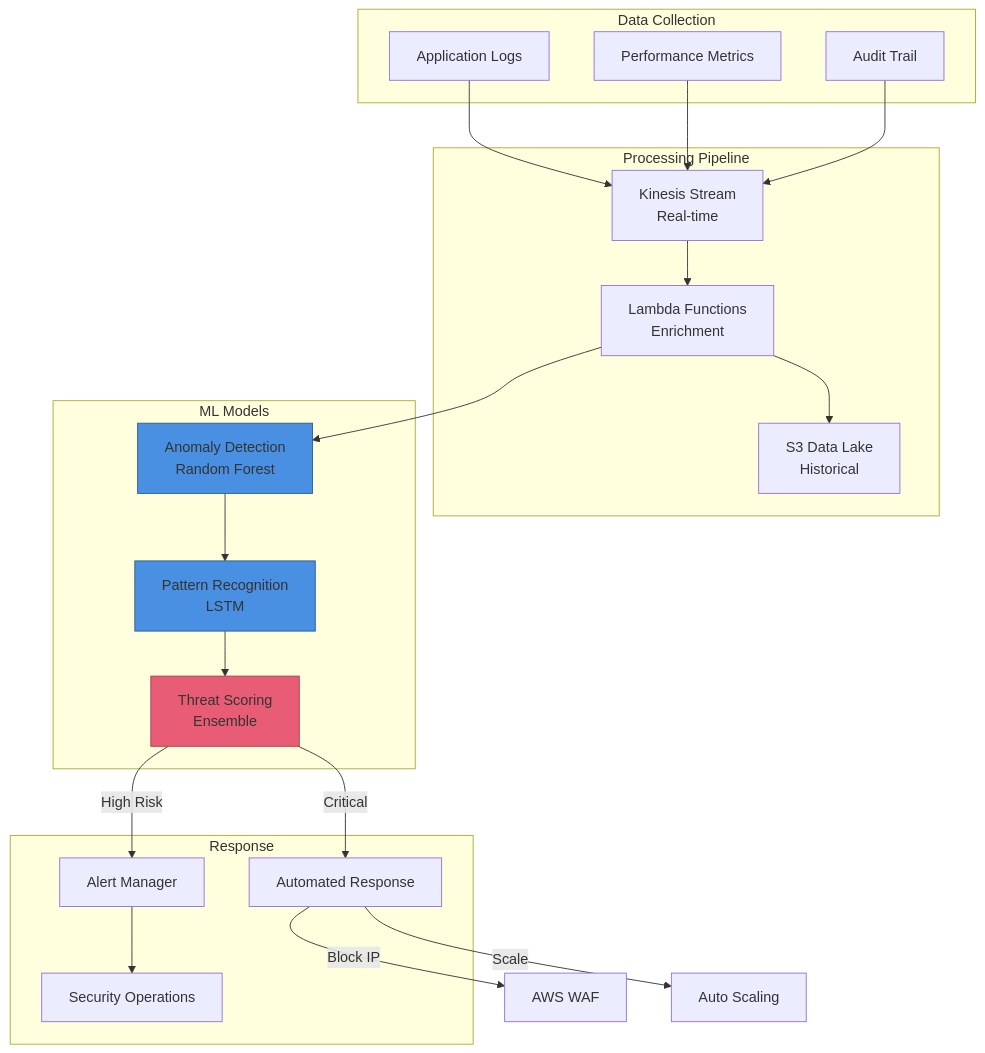
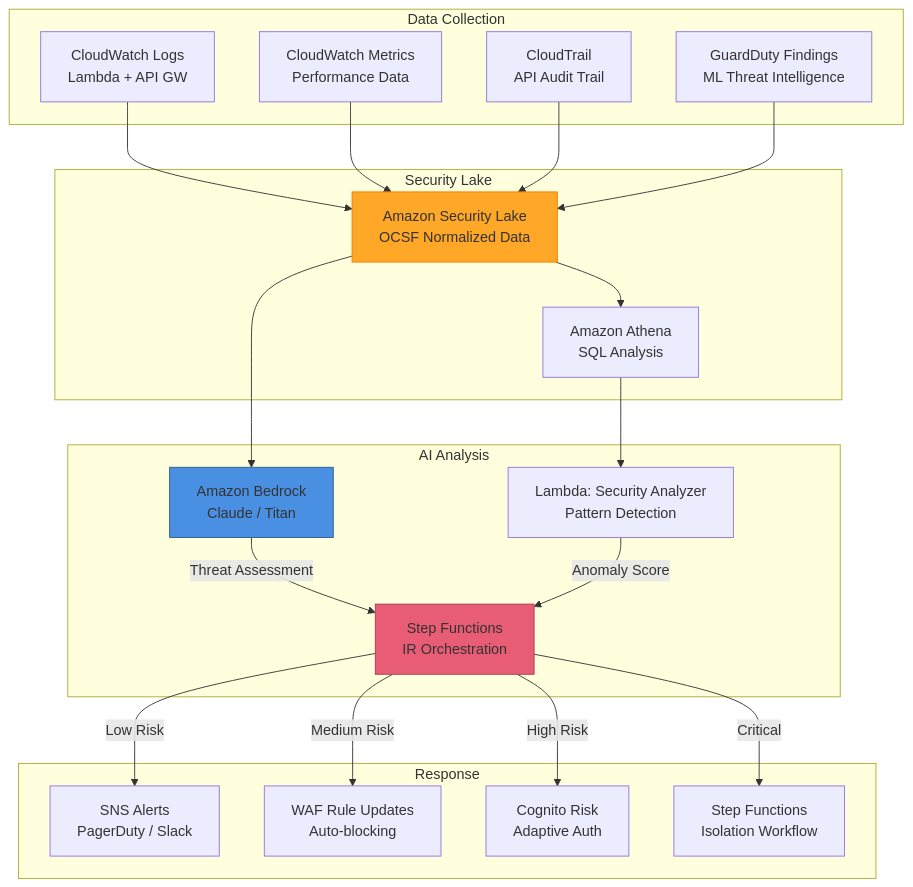
One commit to Hack23/European-Parliament-MCP-Server changed the sixth of 19 diagrams in FUTURE_SECURITY_ARCHITECTURE.md. Above: the diagram before and after it, drawn with Mermaid. The commit also changed other lines of this file, not shown here.

Commit message:
docs: expand FUTURE_SECURITY_ARCHITECTURE.md with all missing mandatory sections

````diff
--- a/FUTURE_SECURITY_ARCHITECTURE.md
+++ b/FUTURE_SECURITY_ARCHITECTURE.md
@@ -231,48 +507,48 @@
 ```mermaid
 graph TB
     subgraph "Data Collection"
-        LOGS[Application Logs]
-        METRICS[Performance Metrics]
-        AUDIT[Audit Trail]
+        LOGS[CloudWatch Logs<br/>Lambda + API GW]
+        METRICS[CloudWatch Metrics<br/>Performance Data]
+        AUDIT[CloudTrail<br/>API Audit Trail]
+        GD_FINDINGS[GuardDuty Findings<br/>ML Threat Intelligence]
     end
-    
-    subgraph "Processing Pipeline"
-        KINESIS[Kinesis Stream<br/>Real-time]
-        LAMBDA[Lambda Functions<br/>Enrichment]
-        S3[S3 Data Lake<br/>Historical]
+
+    subgraph "Security Lake"
+        SL[Amazon Security Lake<br/>OCSF Normalized Data]
+        ATHENA[Amazon Athena<br/>SQL Analysis]
     end
-    
-    subgraph "ML Models"
-        ANOMALY[Anomaly Detection<br/>Random Forest]
-        PATTERN[Pattern Recognition<br/>LSTM]
-        THREAT[Threat Scoring<br/>Ensemble]
+
+    subgraph "AI Analysis"
+        BEDROCK[Amazon Bedrock<br/>Claude / Titan]
+        LAMBDA_AI[Lambda: Security Analyzer<br/>Pattern Detection]
+        SF_IR[Step Functions<br/>IR Orchestration]
     end
-    
+
     subgraph "Response"
-        ALERT[Alert Manager]
-        AUTO[Automated Response]
-        SOC[Security Operations]
+        SNS[SNS Alerts<br/>PagerDuty / Slack]
+        WAF_UPDATE[WAF Rule Updates<br/>Auto-blocking]
+        COGNITO_RISK[Cognito Risk<br/>Adaptive Auth]
+        SF_BLOCK[Step Functions<br/>Isolation Workflow]
     end
-    
-    LOGS --> KINESIS
-    METRICS --> KINESIS
-    AUDIT --> KINESIS
-    
-    KINESIS --> LAMBDA
-    LAMBDA --> S3
-    LAMBDA --> ANOMALY
-    
-    ANOMALY --> PATTERN
-    PATTERN --> THREAT
-    
-    THREAT -->|High Risk| ALERT
-    THREAT -->|Critical| AUTO
-    ALERT --> SOC
-    
-    AUTO -->|Block IP| WAF[AWS WAF]
-    AUTO -->|Scale| ASG[Auto Scaling]
-    
-    style ANOMALY fill:#4A90E2,stroke:#2E5C8A
-    style PATTERN fill:#4A90E2,stroke:#2E5C8A
-    style THREAT fill:#E85D75,stroke:#A53F52
+
+    LOGS --> SL
+    METRICS --> SL
+    AUDIT --> SL
+    GD_FINDINGS --> SL
+
+    SL --> ATHENA
+    SL --> BEDROCK
+    ATHENA --> LAMBDA_AI
+
+    BEDROCK -->|Threat Assessment| SF_IR
+    LAMBDA_AI -->|Anomaly Score| SF_IR
+
+    SF_IR -->|Low Risk| SNS
+    SF_IR -->|Medium Risk| WAF_UPDATE
+    SF_IR -->|High Risk| COGNITO_RISK
+    SF_IR -->|Critical| SF_BLOCK
+
+    style BEDROCK fill:#4A90E2,stroke:#2E5C8A
+    style SF_IR fill:#E85D75,stroke:#A53F52
+    style SL fill:#FFA726,stroke:#F57C00
 ```
````
